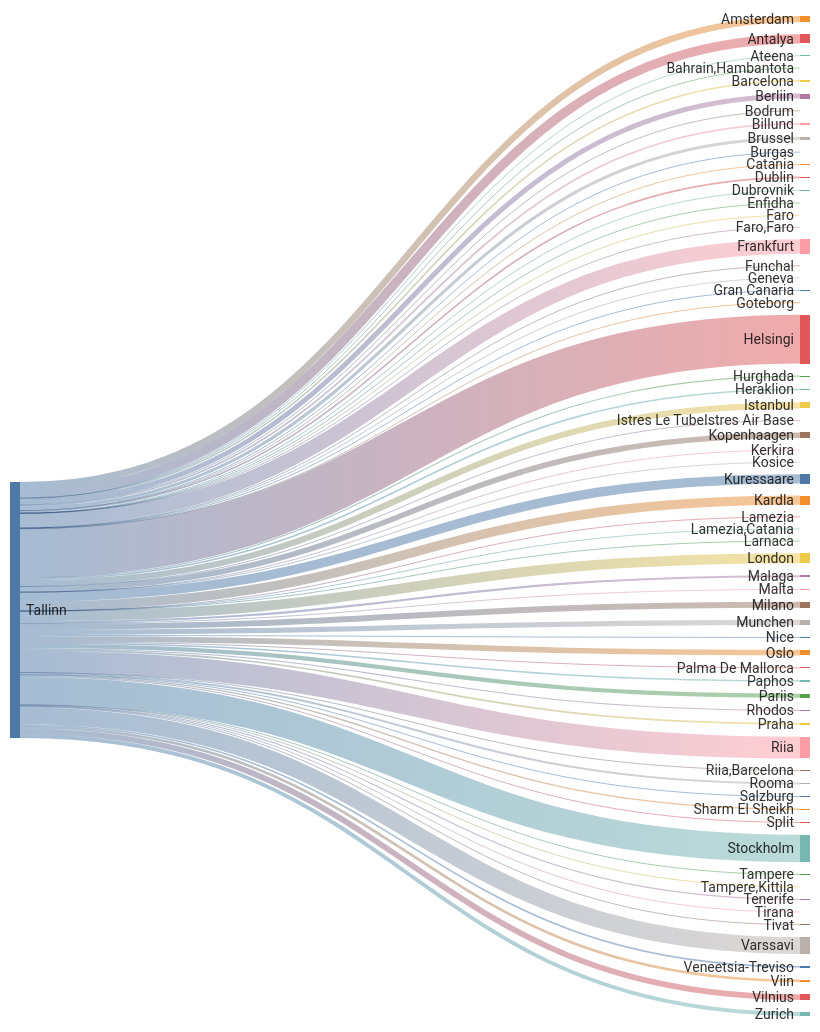
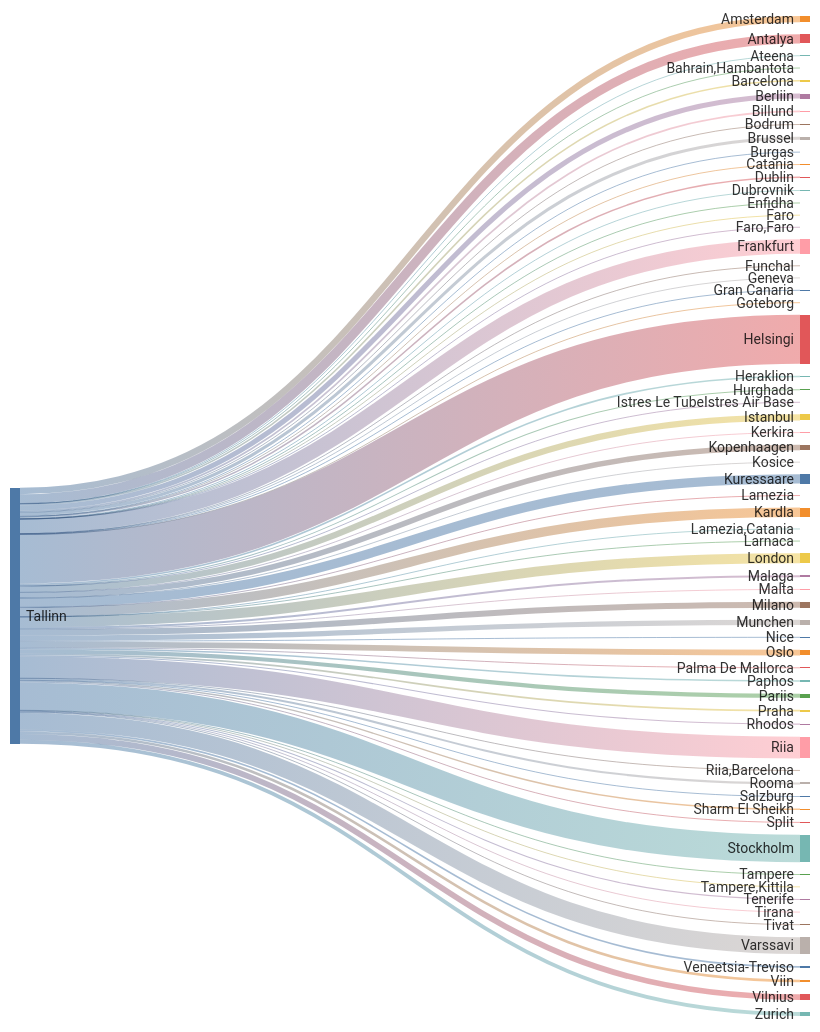
One commit to rainermesi/tll-airport-departures changed the second of 2 diagrams in README.md. Above: the diagram before and after it, drawn with Mermaid. The commit also changed other lines of this file, not shown here.

````diff
--- a/README.md
+++ b/README.md
@@ -34,76 +34,76 @@
 ```mermaid
 ---
 config:
   sankey:
     showValues: false
     width: 800
     height: 1000
 ---
 sankey-beta
 %% source,target,value
-Tallinn,Amsterdam,184
+Tallinn,Amsterdam,185
 Tallinn,Antalya,263
 Tallinn,Ateena,16
 Tallinn,"Bahrain,Hambantota",1
-Tallinn,Barcelona,43
-Tallinn,Berliin,143
+Tallinn,Barcelona,44
+Tallinn,Berliin,145
 Tallinn,Billund,49
 Tallinn,Bodrum,11
-Tallinn,Brussel,88
+Tallinn,Brussel,89
 Tallinn,Burgas,21
 Tallinn,Catania,2
 Tallinn,Dublin,45
 Tallinn,Dubrovnik,21
 Tallinn,Enfidha,7
 Tallinn,Faro,4
 Tallinn,"Faro,Faro",1
-Tallinn,Frankfurt,413
+Tallinn,Frankfurt,416
 Tallinn,Funchal,5
 Tallinn,Geneva,2
-Tallinn,Gran Canaria,20
+Tallinn,Gran Canaria,21
 Tallinn,Goteborg,1
-Tallinn,Helsingi,1401
+Tallinn,Helsingi,1410
 Tallinn,Heraklion,46
 Tallinn,Hurghada,29
-Tallinn,Istanbul,176
+Tallinn,Istanbul,178
 Tallinn,Istres Le TubeIstres Air Base,2
 Tallinn,Kerkira,4
-Tallinn,Kopenhaagen,158
+Tallinn,Kopenhaagen,159
 Tallinn,Kosice,1
-Tallinn,Kuressaare,268
-Tallinn,Kardla,268
+Tallinn,Kuressaare,269
+Tallinn,Kardla,269
 Tallinn,Lamezia,1
 Tallinn,"Lamezia,Catania",3
 Tallinn,Larnaca,4
-Tallinn,London,287
+Tallinn,London,289
 Tallinn,Malaga,58
 Tallinn,Malta,15
-Tallinn,Milano,171
+Tallinn,Milano,172
 Tallinn,Munchen,150
 Tallinn,Nice,25
-Tallinn,Oslo,163
+Tallinn,Oslo,165
 Tallinn,Palma De Mallorca,19
 Tallinn,Paphos,44
-Tallinn,Pariis,119
+Tallinn,Pariis,120
 Tallinn,Praha,49
 Tallinn,Rhodos,32
-Tallinn,Riia,624
+Tallinn,Riia,628
 Tallinn,"Riia,Barcelona",1
-Tallinn,Rooma,57
+Tallinn,Rooma,58
 Tallinn,Salzburg,3
-Tallinn,Sharm El Sheikh,38
+Tallinn,Sharm El Sheikh,40
 Tallinn,Split,25
-Tallinn,Stockholm,784
+Tallinn,Stockholm,789
 Tallinn,Tampere,17
 Tallinn,"Tampere,Kittila",3
 Tallinn,Tenerife,30
 Tallinn,Tirana,8
 Tallinn,Tivat,26
-Tallinn,Varssavi,484
-Tallinn,Veneetsia-Treviso,45
+Tallinn,Varssavi,487
+Tallinn,Veneetsia-Treviso,46
 Tallinn,Viin,75
 Tallinn,Vilnius,166
-Tallinn,Zurich,111
+Tallinn,Zurich,112
 
 
 ```
````
